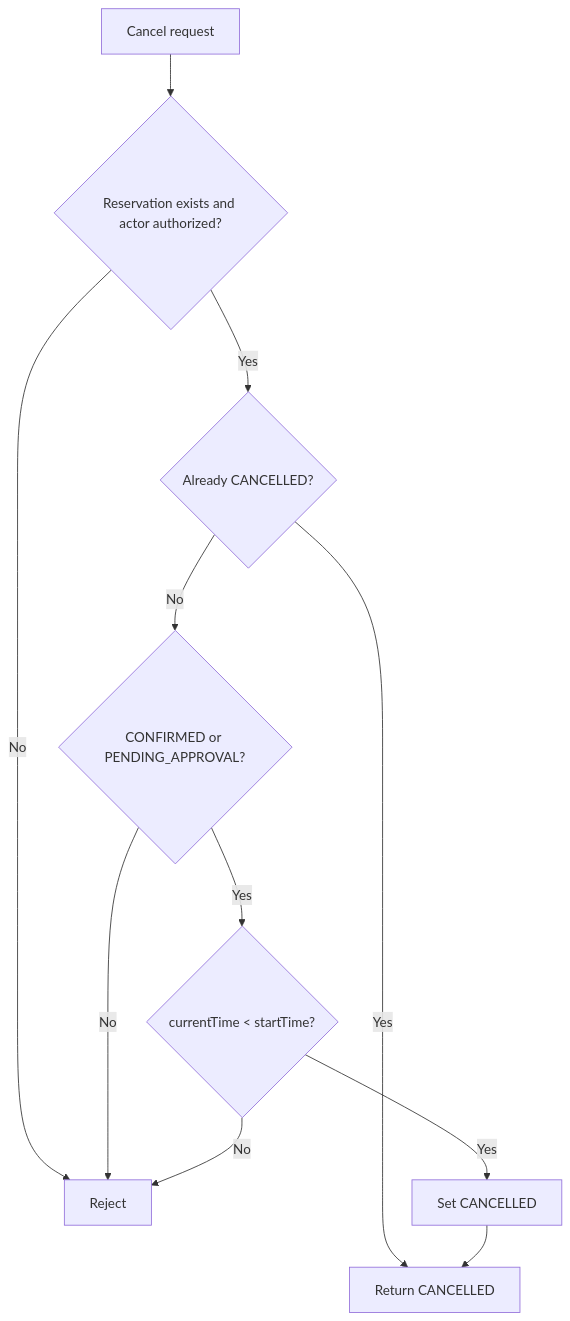
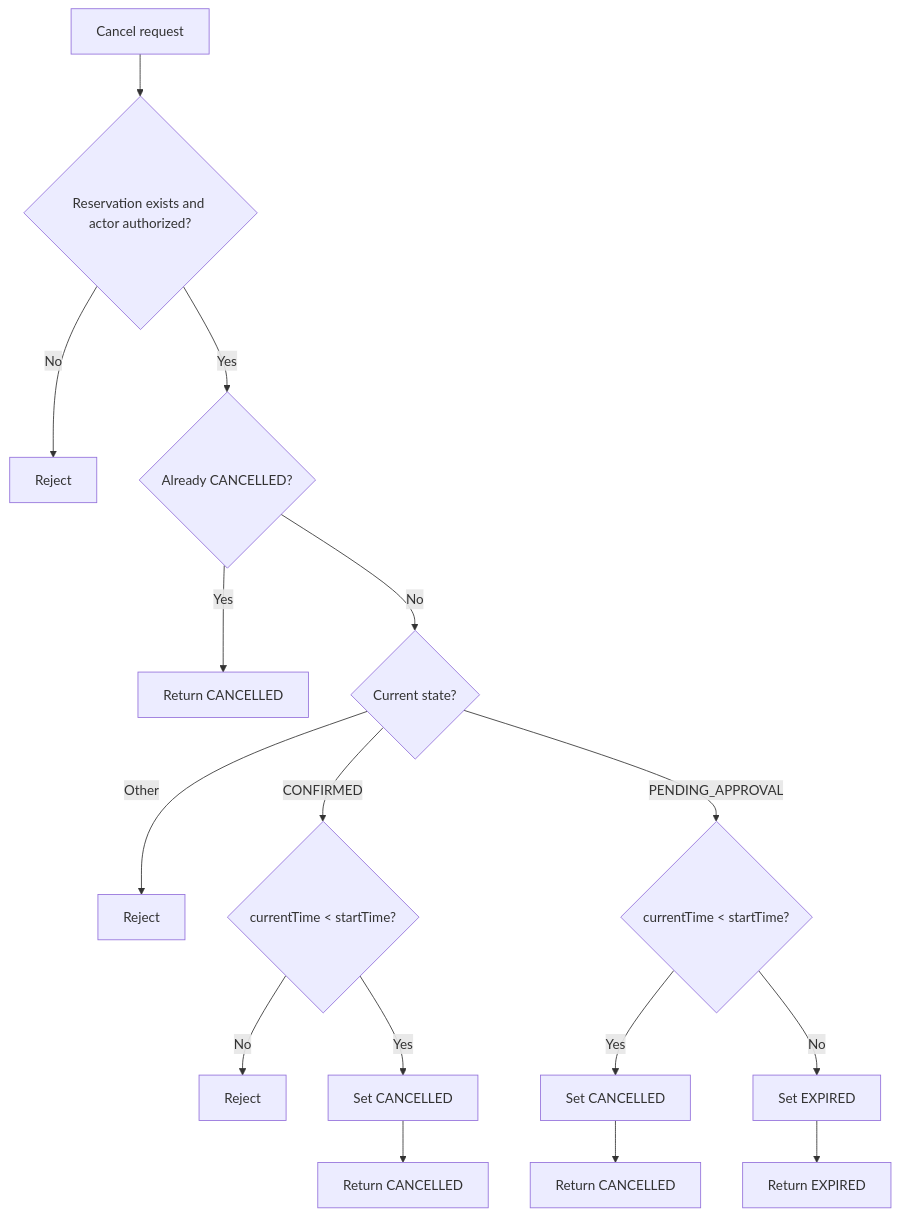
One commit to Ten-James/swi-proj changed the diagram in docs/diagrams/mermaid/11-activity-cancel-v02.mmd. Above: the diagram before and after it, drawn with Mermaid. The commit also changed 41 other files, not shown here.

```diff
--- a/docs/diagrams/mermaid/11-activity-cancel-v02.mmd
+++ b/docs/diagrams/mermaid/11-activity-cancel-v02.mmd
@@ -1,11 +1,16 @@
 flowchart TD
     A[Cancel request] --> B{Reservation exists and actor authorized?}
-    B -- No --> X[Reject]
+    B -- No --> X1[Reject]
     B -- Yes --> C{Already CANCELLED?}
-    C -- Yes --> I[Return CANCELLED]
-    C -- No --> D{CONFIRMED or PENDING_APPROVAL?}
-    D -- No --> X
-    D -- Yes --> E{currentTime < startTime?}
-    E -- No --> X
-    E -- Yes --> F[Set CANCELLED]
-    F --> I
+    C -- Yes --> I1[Return CANCELLED]
+    C -- No --> D{Current state?}
+    D -- Other --> X2[Reject]
+    D -- CONFIRMED --> E{currentTime < startTime?}
+    E -- No --> X3[Reject]
+    E -- Yes --> F1[Set CANCELLED]
+    D -- PENDING_APPROVAL --> P{currentTime < startTime?}
+    P -- Yes --> F2[Set CANCELLED]
+    P -- No --> H[Set EXPIRED]
+    F1 --> I2[Return CANCELLED]
+    F2 --> I3[Return CANCELLED]
+    H --> J[Return EXPIRED]
```
